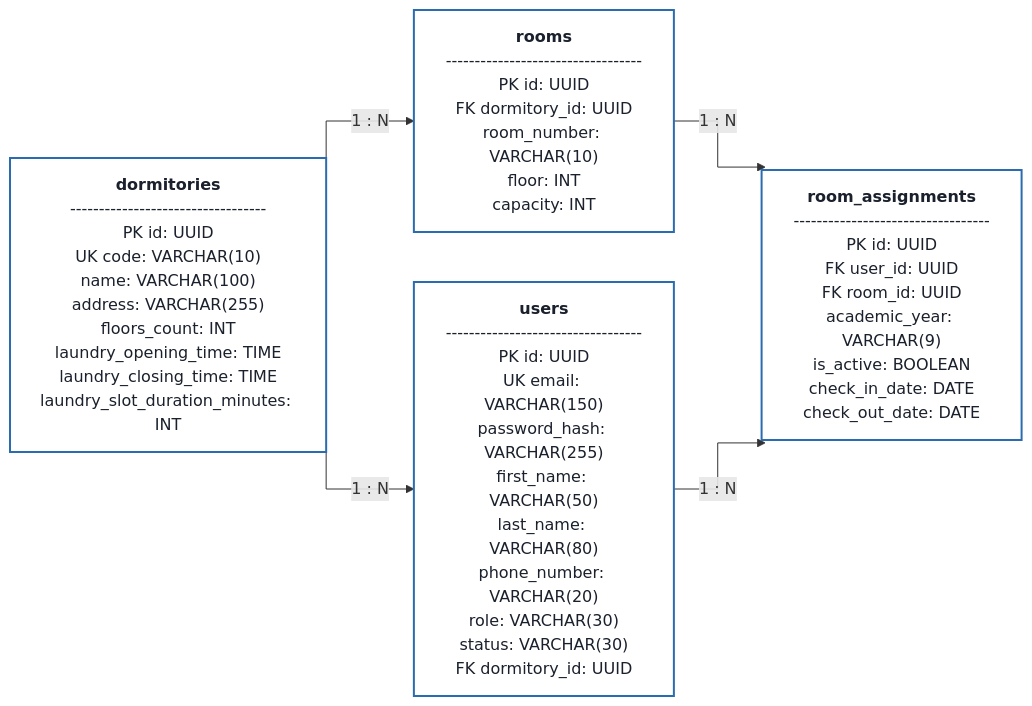
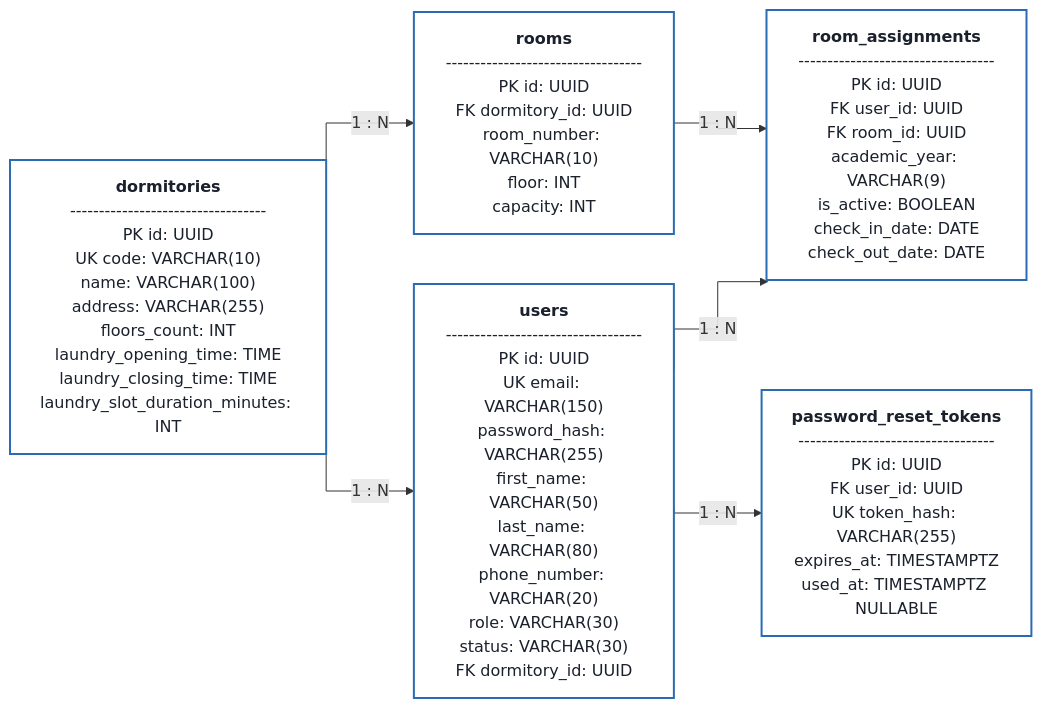
One commit to Buczy8/PKampus changed the first of 5 diagrams in Docs/Model_Bazy_Danych_ERD.md. Above: the diagram before and after it, drawn with Mermaid. The commit also changed other lines of this file and 6 other files, not shown here.

Commit message:
docs: add password reset procedure and update related diagrams for PKampus system

````diff
--- a/Docs/Model_Bazy_Danych_ERD.md
+++ b/Docs/Model_Bazy_Danych_ERD.md
@@ -28,18 +28,21 @@
 ```mermaid
 %%{init: {'flowchart': {'curve': 'stepBefore'}}}%%
 flowchart LR
     classDef tableStyle fill:#ffffff,stroke:#2b6cb0,stroke-width:2px,color:#1a202c;
 
     DORMITORIES["<b>dormitories</b><br/>----------------------------------<br/>PK id: UUID<br/>UK code: VARCHAR(10)<br/>name: VARCHAR(100)<br/>address: VARCHAR(255)<br/>floors_count: INT<br/>laundry_opening_time: TIME<br/>laundry_closing_time: TIME<br/>laundry_slot_duration_minutes: INT"]:::tableStyle
 
     ROOMS["<b>rooms</b><br/>----------------------------------<br/>PK id: UUID<br/>FK dormitory_id: UUID<br/>room_number: VARCHAR(10)<br/>floor: INT<br/>capacity: INT"]:::tableStyle
 
     USERS["<b>users</b><br/>----------------------------------<br/>PK id: UUID<br/>UK email: VARCHAR(150)<br/>password_hash: VARCHAR(255)<br/>first_name: VARCHAR(50)<br/>last_name: VARCHAR(80)<br/>phone_number: VARCHAR(20)<br/>role: VARCHAR(30)<br/>status: VARCHAR(30)<br/>FK dormitory_id: UUID"]:::tableStyle
 
     ROOM_ASSIGNMENTS["<b>room_assignments</b><br/>----------------------------------<br/>PK id: UUID<br/>FK user_id: UUID<br/>FK room_id: UUID<br/>academic_year: VARCHAR(9)<br/>is_active: BOOLEAN<br/>check_in_date: DATE<br/>check_out_date: DATE"]:::tableStyle
 
+    PASSWORD_RESET_TOKENS["<b>password_reset_tokens</b><br/>----------------------------------<br/>PK id: UUID<br/>FK user_id: UUID<br/>UK token_hash: VARCHAR(255)<br/>expires_at: TIMESTAMPTZ<br/>used_at: TIMESTAMPTZ NULLABLE"]:::tableStyle
+
     DORMITORIES -->|1 : N| ROOMS
     DORMITORIES -->|1 : N| USERS
     ROOMS -->|1 : N| ROOM_ASSIGNMENTS
     USERS -->|1 : N| ROOM_ASSIGNMENTS
+    USERS -->|1 : N| PASSWORD_RESET_TOKENS
 ```
````
